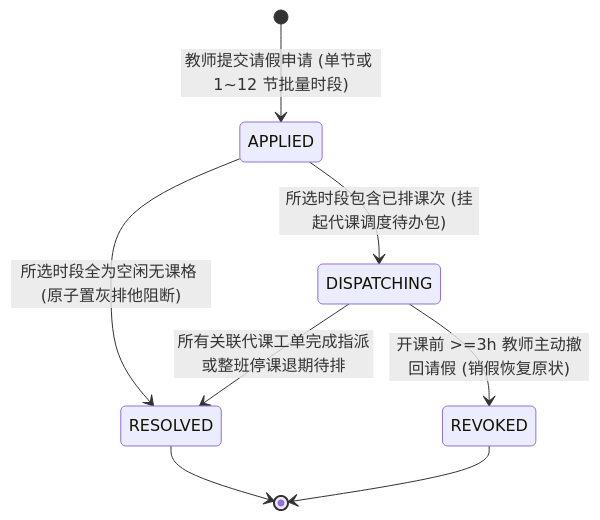
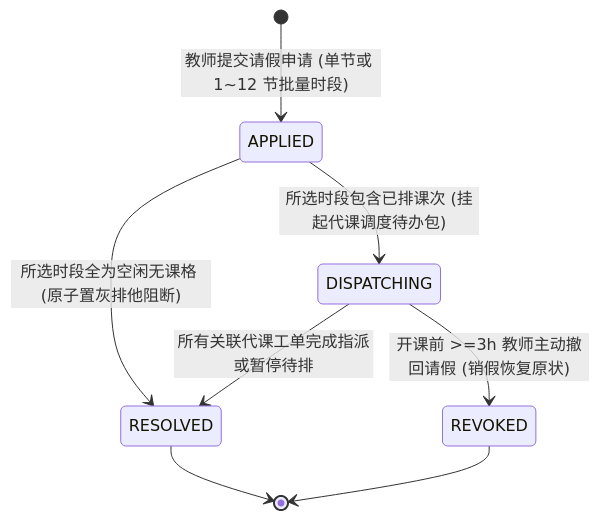
One commit to Onezao/dream changed the second of 5 diagrams in docs/prd/m3b_attendance_substitution.md. Above: the diagram before and after it, drawn with Mermaid. The commit also changed other lines of this file and 37 other files, not shown here.

````diff
--- a/docs/prd/m3b_attendance_substitution.md
+++ b/docs/prd/m3b_attendance_substitution.md
@@ -277,12 +268,12 @@
 ```mermaid
 stateDiagram-v2
     [*] --> APPLIED: 教师提交请假申请 (单节或 1~12 节批量时段)
     APPLIED --> RESOLVED: 所选时段全为空闲无课格 (原子置灰排他阻断)
     APPLIED --> DISPATCHING: 所选时段包含已排课次 (挂起代课调度待办包)
     
-    DISPATCHING --> RESOLVED: 所有关联代课工单完成指派或整班停课退期待排
+    DISPATCHING --> RESOLVED: 所有关联代课工单完成指派或暂停待排
     DISPATCHING --> REVOKED: 开课前 >=3h 教师主动撤回请假 (销假恢复原状)
     
     RESOLVED --> [*]
     REVOKED --> [*]
 ```
````
